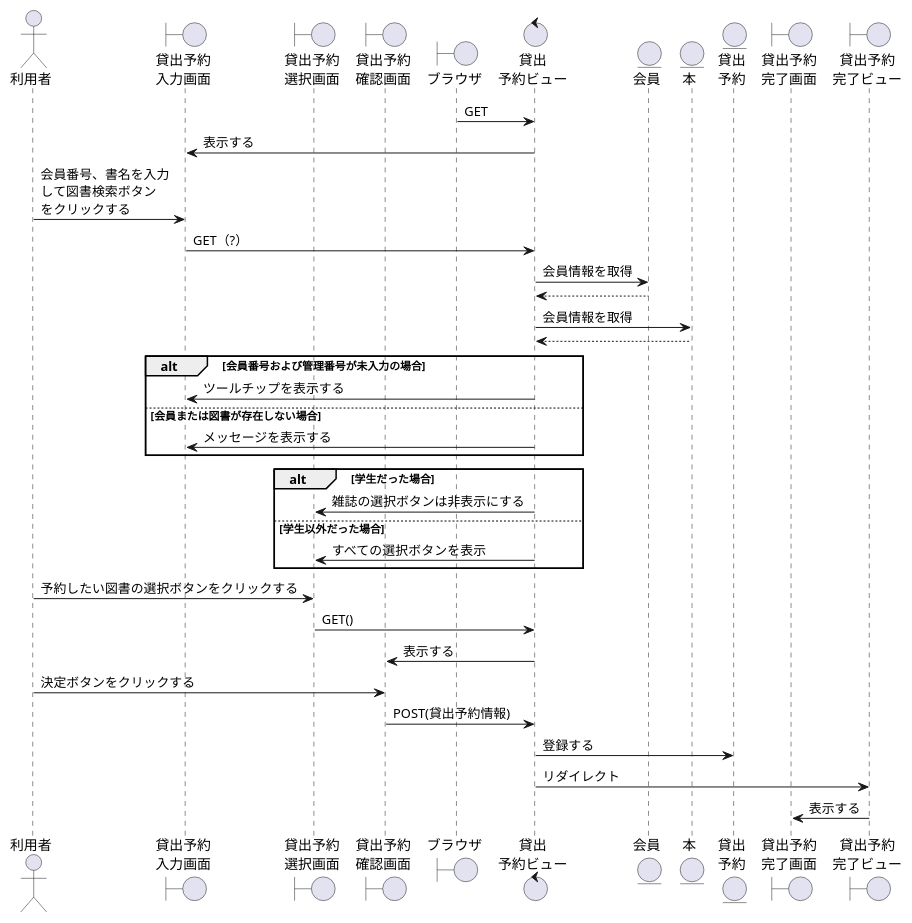
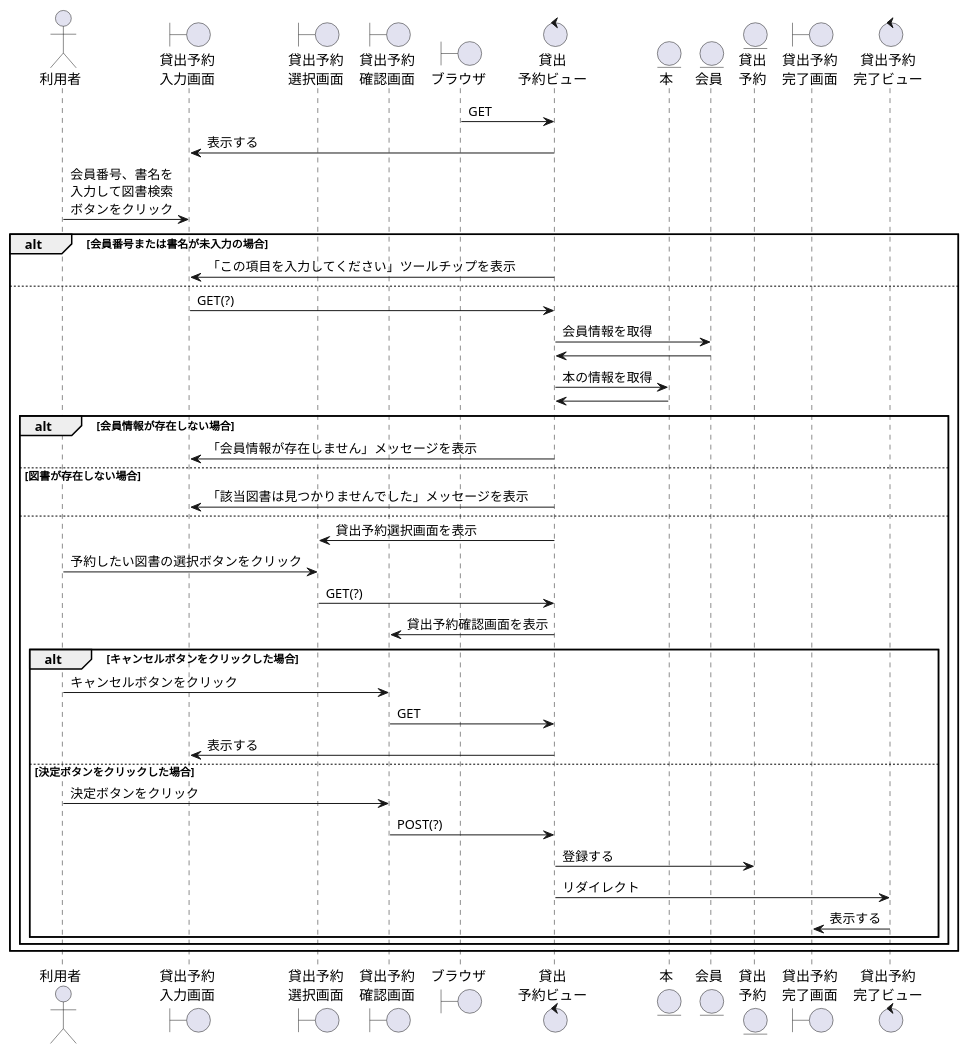
The diagram in 効果測定/貸出予約.wsd (ysyk-wtnb16/team_D), drawn with PlantUML before and after one commit. The commit also changed 1 other file, not shown here.

```diff
--- a/効果測定/貸出予約.wsd
+++ b/効果測定/貸出予約.wsd
@@ -1,43 +1,50 @@
 @startuml KY
 
 actor "利用者" as user
 boundary "貸出予約\n入力画面" as KYKs
 boundary "貸出予約\n選択画面" as KYs
 boundary "貸出予約\n確認画面" as KYChecks
 boundary "ブラウザ" as brz
 control "貸出\n予約ビュー" as KYv
+entity "本" as book
 entity "会員" as member
-entity "本" as book
 entity "貸出\n予約" as KY
 boundary "貸出予約\n完了画面" as KYOKs
-boundary "貸出予約\n完了ビュー" as KYOKv
- 
+control "貸出予約\n完了ビュー" as KYOKv
 
 brz -> KYv: GET
 KYKs <- KYv: 表示する
-user -> KYKs: 会員番号、書名を入力\nして図書検索ボタン\nをクリックする
-KYKs -> KYv: GET（?）
-KYv -> member: 会員情報を取得
-KYv <-- member
-KYv -> book: 会員情報を取得
-KYv <-- book
-alt 会員番号および管理番号が未入力の場合
-    KYKs <- KYv:ツールチップを表示する
-else 会員または図書が存在しない場合
-    KYKs <- KYv:メッセージを表示する
+
+user -> KYKs: 会員番号、書名を\n入力して図書検索\nボタンをクリック
+alt 会員番号または書名が未入力の場合
+    KYKs <- KYv: 「この項目を入力してください」ツールチップを表示
+else 
+    KYKs -> KYv: GET(?)
+    KYv -> member: 会員情報を取得
+    KYv <- member
+    KYv -> book: 本の情報を取得
+    KYv <- book
+    alt 会員情報が存在しない場合
+        KYKs <- KYv: 「会員情報が存在しません」メッセージを表示
+    else 図書が存在しない場合
+        KYKs <- KYv: 「該当図書は見つかりませんでした」メッセージを表示
+    else 
+        KYs <- KYv: 貸出予約選択画面を表示
+        user -> KYs: 予約したい図書の選択ボタンをクリック
+        KYs -> KYv: GET(?)
+        KYChecks <- KYv: 貸出予約確認画面を表示
+        alt キャンセルボタンをクリックした場合
+            user -> KYChecks: キャンセルボタンをクリック
+            KYChecks -> KYv:GET
+            KYKs <- KYv:表示する
+        else 決定ボタンをクリックした場合
+            user -> KYChecks: 決定ボタンをクリック
+            KYChecks -> KYv: POST(?)
+            KYv -> KY: 登録する
+            KYv -> KYOKv: リダイレクト
+            KYOKs <- KYOKv: 表示する
+        end    
+    end
 end
-alt 学生だった場合
-    KYs <- KYv:雑誌の選択ボタンは非表示にする
-else 学生以外だった場合
-    KYs <- KYv:すべての選択ボタンを表示
-end
-user -> KYs:予約したい図書の選択ボタンをクリックする
-KYs -> KYv: GET()
-KYChecks <- KYv:表示する
-user -> KYChecks:決定ボタンをクリックする
-KYChecks -> KYv:POST(貸出予約情報)
-KYv -> KY:登録する
-KYv -> KYOKv:リダイレクト
-KYOKs <- KYOKv:表示する
 
 @enduml
```
